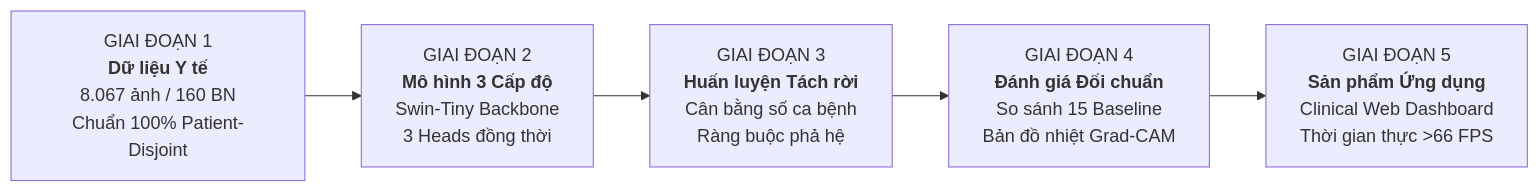
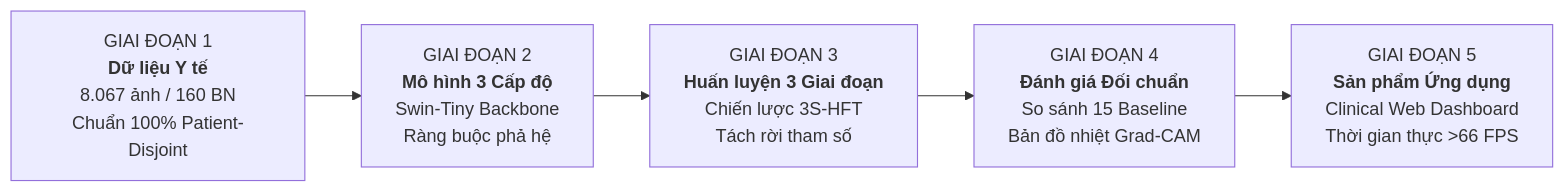
Before and after one commit to nxc1802/CystoDS: the diagram in Docs/Bao_Cao_KHKT_ViSEF.md, drawn with Mermaid. The commit also changed other lines of this file and 15 other files, not shown here.

````diff
--- a/Docs/Bao_Cao_KHKT_ViSEF.md
+++ b/Docs/Bao_Cao_KHKT_ViSEF.md
@@ -55,7 +59,7 @@
 ```mermaid
 flowchart LR
-    G1["GIAI ĐOẠN 1<br><b>Dữ liệu Y tế</b><br>8.067 ảnh / 160 BN<br>Chuẩn 100% Patient-Disjoint"] --> G2["GIAI ĐOẠN 2<br><b>Mô hình 3 Cấp độ</b><br>Swin-Tiny Backbone<br>3 Heads đồng thời"]
-    G2 --> G3["GIAI ĐOẠN 3<br><b>Huấn luyện Tách rời</b><br>Cân bằng số ca bệnh<br>Ràng buộc phả hệ"]
+    G1["GIAI ĐOẠN 1<br><b>Dữ liệu Y tế</b><br>8.067 ảnh / 160 BN<br>Chuẩn 100% Patient-Disjoint"] --> G2["GIAI ĐOẠN 2<br><b>Mô hình 3 Cấp độ</b><br>Swin-Tiny Backbone<br>Ràng buộc phả hệ"]
+    G2 --> G3["GIAI ĐOẠN 3<br><b>Huấn luyện 3 Giai đoạn</b><br>Chiến lược 3S-HFT<br>Tách rời tham số"]
     G3 --> G4["GIAI ĐOẠN 4<br><b>Đánh giá Đối chuẩn</b><br>So sánh 15 Baseline<br>Bản đồ nhiệt Grad-CAM"]
     G4 --> G5["GIAI ĐOẠN 5<br><b>Sản phẩm Ứng dụng</b><br>Clinical Web Dashboard<br>Thời gian thực >66 FPS"]
 ```
````
